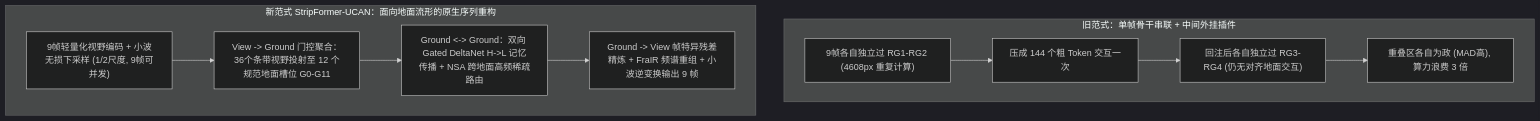
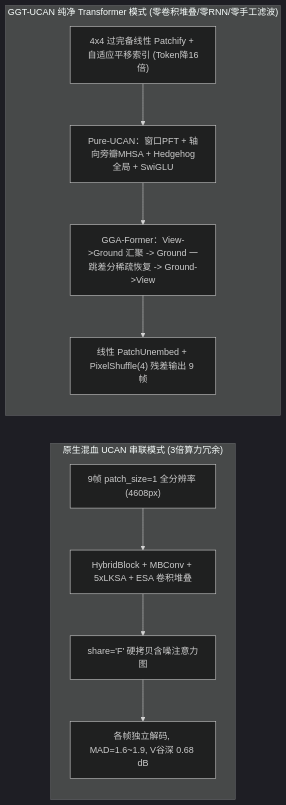
The first of 5 diagrams in docs/架构设计B_从基础UCAN与序列恢复重构.md (deathend110/SAR_Sequence_Restore), drawn with Mermaid (dark theme) before and after one commit. The commit also changed other lines of this file, not shown here.

Commit message:
按纯净Transformer血统重构方案B设计文档（GGT-UCAN）

````diff
--- a/docs/架构设计B_从基础UCAN与序列恢复重构.md
+++ b/docs/架构设计B_从基础UCAN与序列恢复重构.md
@@ -20,14 +20,14 @@
 ```mermaid
-flowchart TD
-    subgraph OLD["旧范式：单帧骨干串联 + 中间外挂插件"]
-        O1["9帧各自独立过 RG1-RG2 (4608px 重复计算)"] --> O2["压成 144 个粗 Token 交互一次"]
-        O2 --> O3["回注后各自独立过 RG3-RG4 (仍无对齐地面交互)"]
-        O3 --> O4["重叠区各自为政 (MAD高), 算力浪费 3 倍"]
+flowchart LR
+    subgraph OLD["原生混血 UCAN 串联模式 (3倍算力冗余)"]
+        O1["9帧 patch_size=1 全分辨率 (4608px)"] --> O2["HybridBlock + MBConv + 5xLKSA + ESA 卷积堆叠"]
+        O2 --> O3["share='F' 硬拷贝含噪注意力图"]
+        O3 --> O4["各帧独立解码, MAD=1.6~1.9, V谷深 0.68 dB"]
     end
 
-    subgraph NEW["新范式 StripFormer-UCAN：面向地面流形的原生序列重构"]
-        N1["9帧轻量化视野编码 + 小波无损下采样 (1/2尺度, 9帧可并发)"] --> N2["View -> Ground 门控聚合：36个条带视野投射至 12 个规范地面槽位 G0-G11"]
-        N2 --> N3["Ground <-> Ground：双向 Gated DeltaNet H->L 记忆传播 + NSA 跨地面高频稀疏路由"]
-        N3 --> N4["Ground -> View 帧特异残差精炼 + FraIR 频谱重组 + 小波逆变换输出 9 帧"]
+    subgraph NEW["GGT-UCAN 纯净 Transformer 模式 (零卷积堆叠/零RNN/零手工滤波)"]
+        N1["4x4 过完备线性 Patchify + 自适应平移索引 (Token降16倍)"] --> N2["Pure-UCAN：窗口PFT + 轴向旁瓣MHSA + Hedgehog全局 + SwiGLU"]
+        N2 --> N3["GGA-Former：View->Ground 汇聚 -> Ground 一跳差分稀疏恢复 -> Ground->View"]
+        N3 --> N4["线性 PatchUnembed + PixelShuffle(4) 残差输出 9 帧"]
     end
 ```
````
